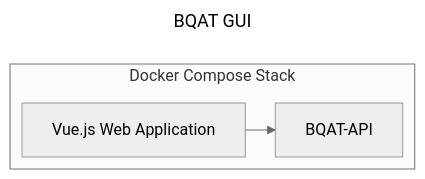
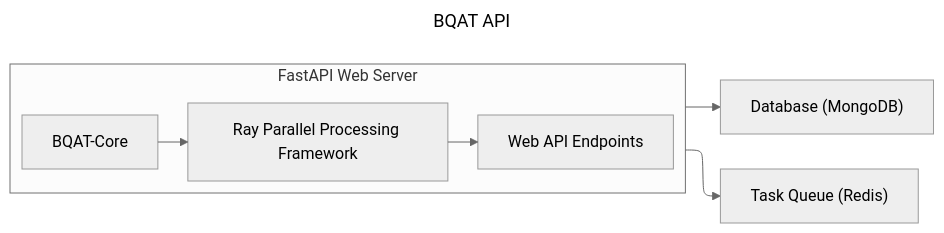
Before and after one commit to Biometix/biometix.github.io: the tenth of 11 diagrams in index/framework.md, drawn with Mermaid. The commit also changed other lines of this file and 2 other files, not shown here.

````diff
--- a/index/framework.md
+++ b/index/framework.md
@@ -231,12 +228,15 @@
 ``` mermaid
 ---
-title: BQAT GUI
+title: BQAT API
 config:
   theme: neutral
   layout: elk
 ---
 flowchart LR
-  subgraph s1["Docker Compose Stack"]
-    n1["Vue.js Web Application"] --> n2["BQAT-API"]
+  subgraph s1["FastAPI Web Server"]
+    n0["BQAT-Core"] --> n1["Ray Parallel Processing Framework"]
+    n1 --> n2["Web API Endpoints"]
   end
+  s1 --> n3["Database (MongoDB)"]
+  s1 --> n4["Task Queue (Redis)"]
 ```
````
